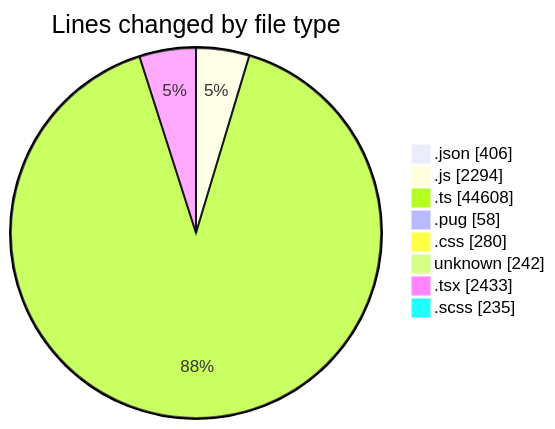
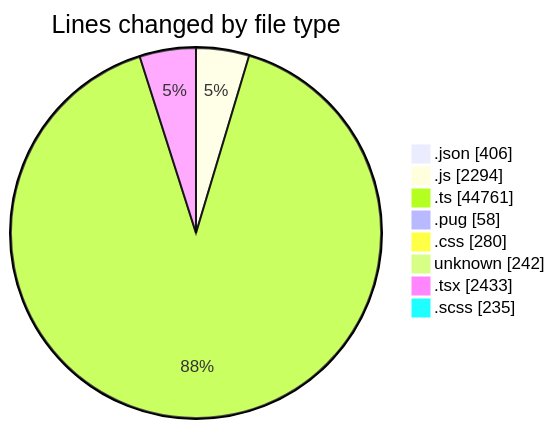
One commit to momahboobian/code-tracking changed the first of 2 diagrams in 2026-06-02/cda/README.md. Above: the diagram before and after it, drawn with Mermaid. The commit also changed other lines of this file and 1 other file, not shown here.

````diff
--- a/2026-06-02/cda/README.md
+++ b/2026-06-02/cda/README.md
@@ -69,12 +69,12 @@
 ```mermaid
 pie showData
 title Lines changed by file type
 ".json" : 406
 ".js" : 2294
-".ts" : 44608
+".ts" : 44761
 ".pug" : 58
 ".css" : 280
 "unknown" : 242
 ".tsx" : 2433
 ".scss" : 235
 ```
````
